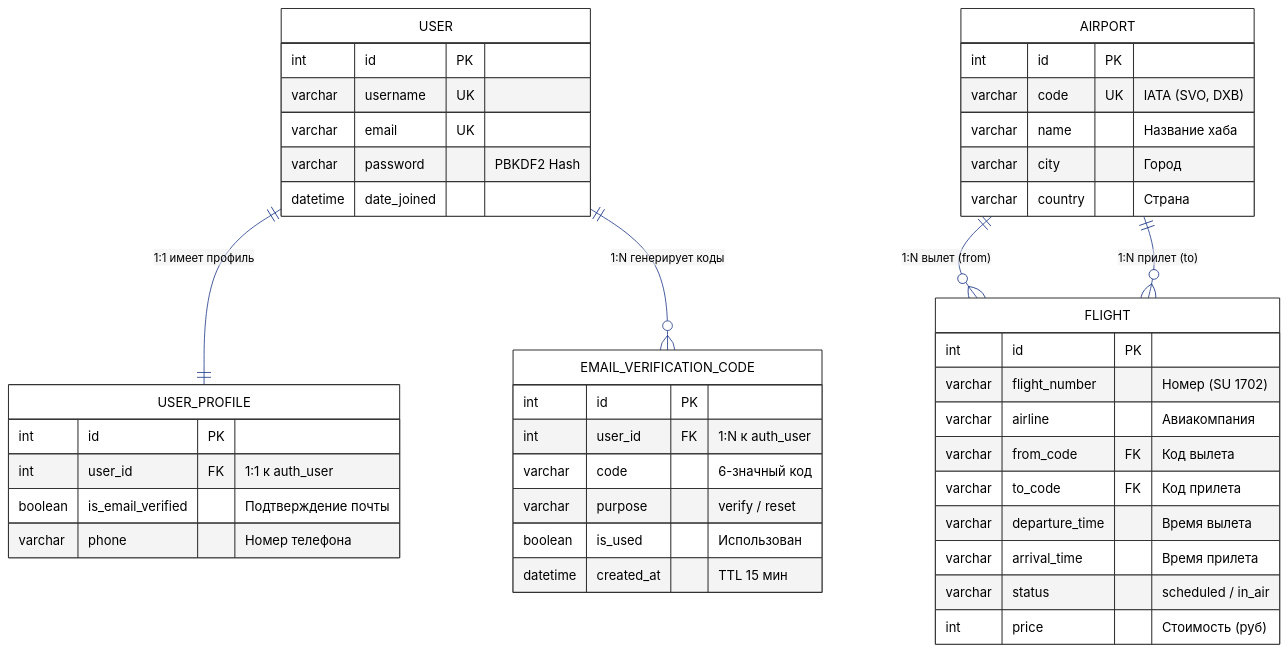
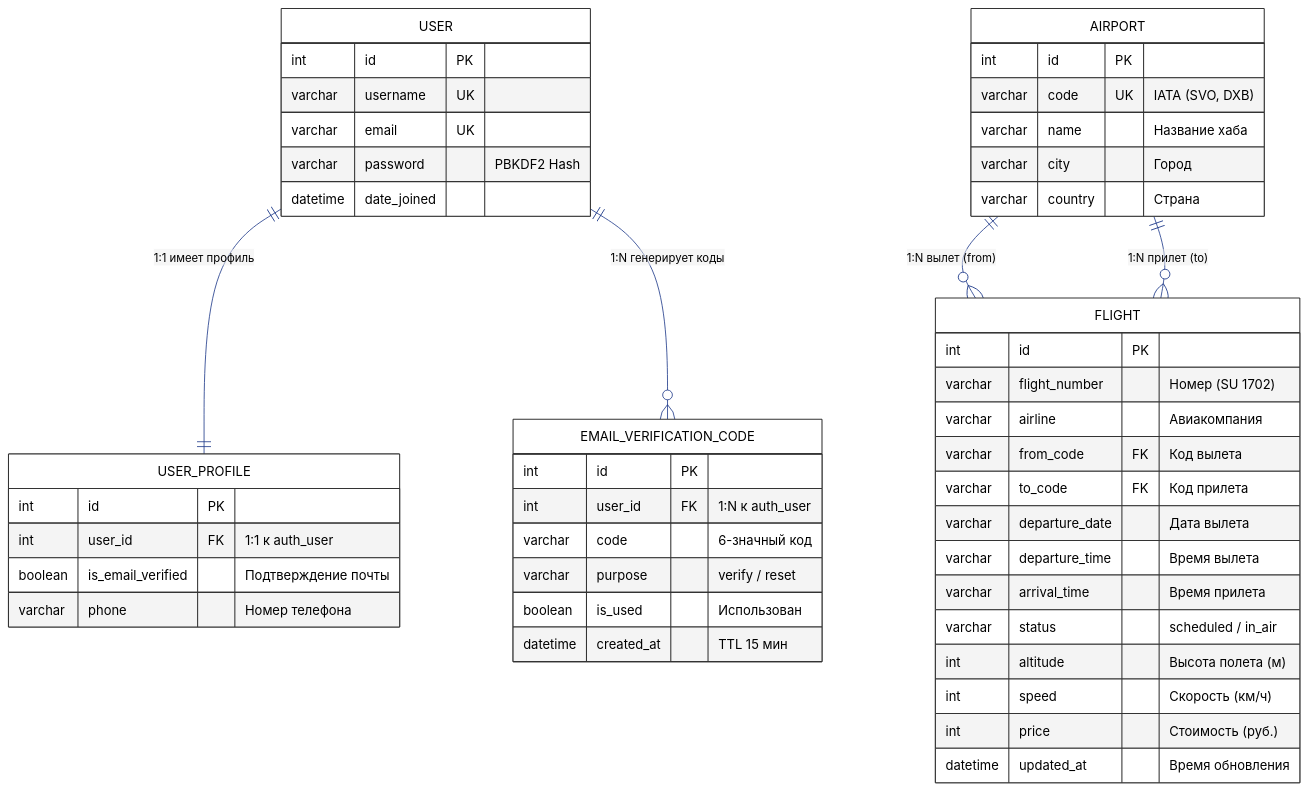
Before and after one commit to Shonni123/RPI_Kurs: the diagram in docs/ER_DIAGRAM.md, drawn with Mermaid. The commit also changed other lines of this file and 4 other files, not shown here.

Commit message:
docs: add departure_date, altitude, speed, updated_at to FLIGHT entity in ER diagram

````diff
--- a/docs/ER_DIAGRAM.md
+++ b/docs/ER_DIAGRAM.md
@@ -21,52 +22,56 @@
 ```mermaid
 %%{init: {'theme': 'neutral', 'themeVariables': {'darkMode': false, 'background': '#FFFFFF', 'mainBkg': '#FFFFFF', 'nodeBorder': '#333333', 'textColor': '#000000', 'lineColor': '#1E3A8A'}}}%%
 erDiagram
     USER ||--|| USER_PROFILE : "1:1 имеет профиль"
     USER ||--o{ EMAIL_VERIFICATION_CODE : "1:N генерирует коды"
     AIRPORT ||--o{ FLIGHT : "1:N вылет (from)"
     AIRPORT ||--o{ FLIGHT : "1:N прилет (to)"
 
     USER {
         int id PK
         varchar username UK
         varchar email UK
         varchar password "PBKDF2 Hash"
         datetime date_joined
     }
 
     USER_PROFILE {
         int id PK
         int user_id FK "1:1 к auth_user"
         boolean is_email_verified "Подтверждение почты"
         varchar phone "Номер телефона"
     }
 
     EMAIL_VERIFICATION_CODE {
         int id PK
         int user_id FK "1:N к auth_user"
         varchar code "6-значный код"
         varchar purpose "verify / reset"
         boolean is_used "Использован"
         datetime created_at "TTL 15 мин"
     }
 
     AIRPORT {
         int id PK
         varchar code UK "IATA (SVO, DXB)"
         varchar name "Название хаба"
         varchar city "Город"
         varchar country "Страна"
     }
 
     FLIGHT {
         int id PK
         varchar flight_number "Номер (SU 1702)"
         varchar airline "Авиакомпания"
         varchar from_code FK "Код вылета"
         varchar to_code FK "Код прилета"
+        varchar departure_date "Дата вылета"
         varchar departure_time "Время вылета"
         varchar arrival_time "Время прилета"
         varchar status "scheduled / in_air"
-        int price "Стоимость (руб)"
+        int altitude "Высота полета (м)"
+        int speed "Скорость (км/ч)"
+        int price "Стоимость (руб.)"
+        datetime updated_at "Время обновления"
     }
 ```
````
